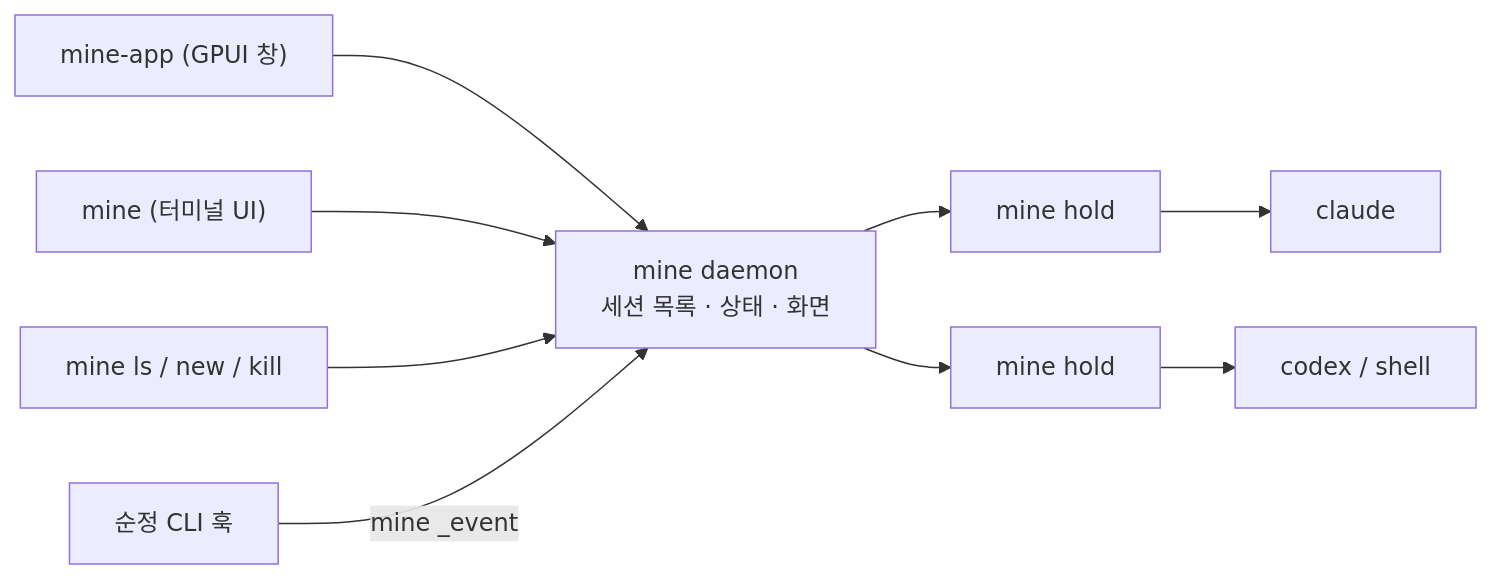
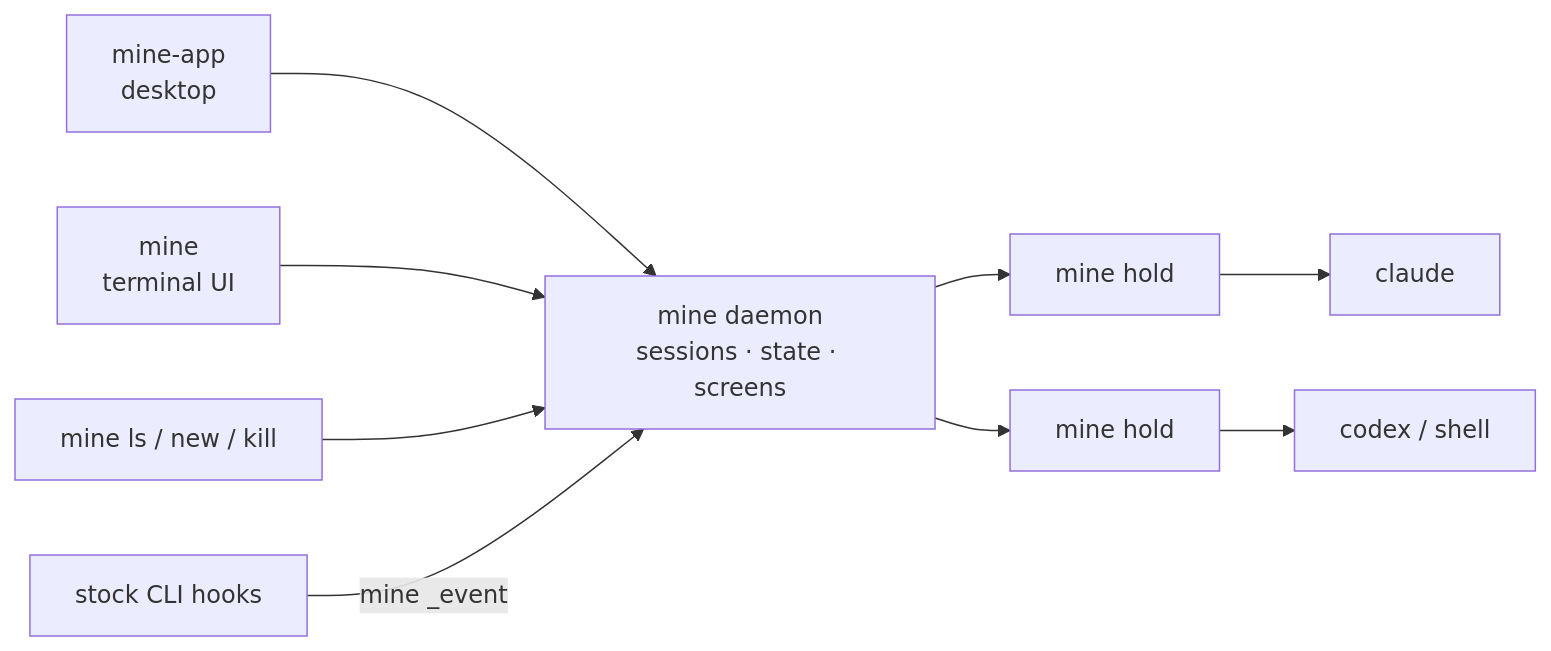
One commit to oyobbeb/mine changed the diagram in README.md. Above: the diagram before and after it, drawn with Mermaid. The commit also changed other lines of this file and 2 other files, not shown here.

````diff
--- a/README.md
+++ b/README.md
@@ -211,9 +189,9 @@
 ```mermaid
 flowchart LR
-    App["mine-app (GPUI 창)"] --> Daemon
-    TUI["mine (터미널 UI)"] --> Daemon
+    App["mine-app<br/>desktop"] --> Daemon
+    TUI["mine<br/>terminal UI"] --> Daemon
     CLI["mine ls / new / kill"] --> Daemon
-    Daemon["mine daemon<br/>세션 목록 · 상태 · 화면"] --> H1["mine hold"] --> S1["claude"]
+    Daemon["mine daemon<br/>sessions · state · screens"] --> H1["mine hold"] --> S1["claude"]
     Daemon --> H2["mine hold"] --> S2["codex / shell"]
-    Hook["순정 CLI 훅"] -->|"mine _event"| Daemon
+    Hooks["stock CLI hooks"] -->|"mine _event"| Daemon
 ```
````
